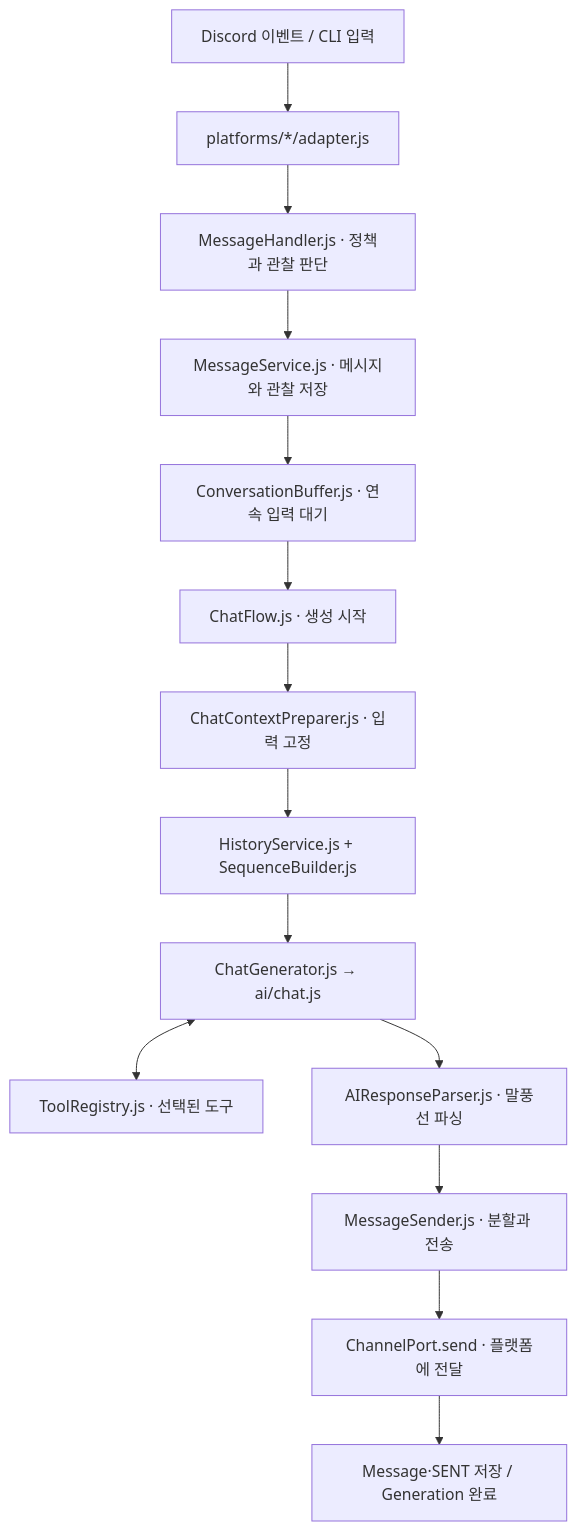
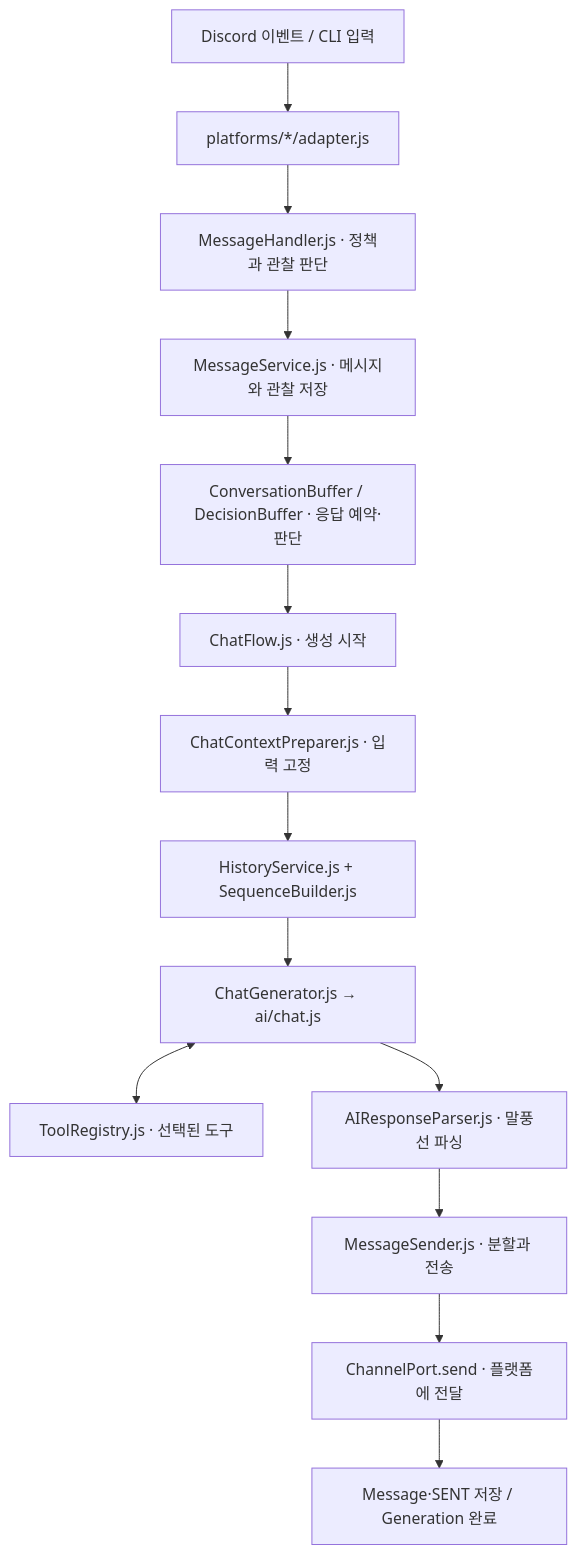
Before and after one commit to uheej0625/aimate: the second of 2 diagrams in docs/구조와 흐름.md, drawn with Mermaid. The commit also changed other lines of this file and 35 other files, not shown here.

Commit message:
feat: add Decision-based chat participation with buffer fallback

````diff
--- a/docs/구조와 흐름.md
+++ b/docs/구조와 흐름.md
@@ -30,16 +30,16 @@
 ```mermaid
 flowchart TD
     Platform["Discord 이벤트 / CLI 입력"] --> Adapter["platforms/*/adapter.js"]
     Adapter --> Handler["MessageHandler.js · 정책과 관찰 판단"]
     Handler --> Store["MessageService.js · 메시지와 관찰 저장"]
-    Store --> Buffer["ConversationBuffer.js · 연속 입력 대기"]
+    Store --> Buffer["ConversationBuffer / DecisionBuffer · 응답 예약·판단"]
     Buffer --> Flow["ChatFlow.js · 생성 시작"]
     Flow --> Context["ChatContextPreparer.js · 입력 고정"]
     Context --> Prompt["HistoryService.js + SequenceBuilder.js"]
     Prompt --> AI["ChatGenerator.js → ai/chat.js"]
     AI <--> Tools["ToolRegistry.js · 선택된 도구"]
     AI --> Parser["AIResponseParser.js · 말풍선 파싱"]
     Parser --> Sender["MessageSender.js · 분할과 전송"]
     Sender --> Port["ChannelPort.send · 플랫폼에 전달"]
     Port --> Complete["Message·SENT 저장 / Generation 완료"]
 ```
````
